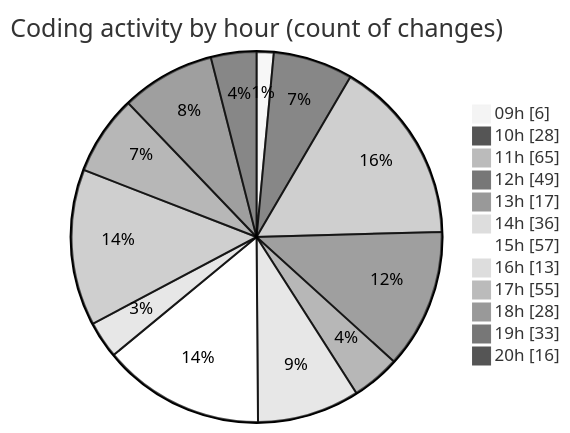
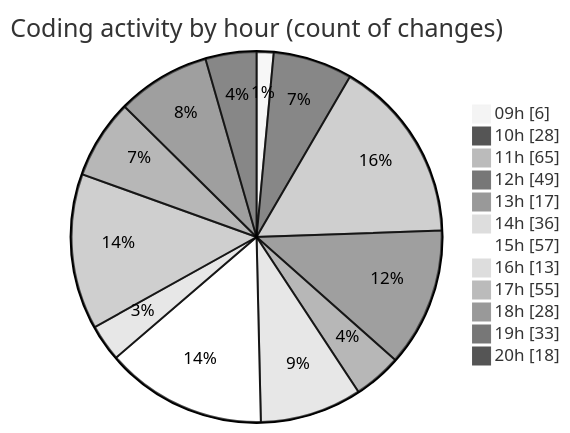
One commit to momahboobian/code-tracking changed the second of 2 diagrams in 2025-03-27/cda/README.md. Above: the diagram before and after it, drawn with Mermaid (neutral theme). The commit also changed other lines of this file and 1 other file, not shown here.

````diff
--- a/2025-03-27/cda/README.md
+++ b/2025-03-27/cda/README.md
@@ -52,16 +52,16 @@
 ```mermaid
 pie showData
 title Coding activity by hour (count of changes)
 "09h" : 6
 "10h" : 28
 "11h" : 65
 "12h" : 49
 "13h" : 17
 "14h" : 36
 "15h" : 57
 "16h" : 13
 "17h" : 55
 "18h" : 28
 "19h" : 33
-"20h" : 16
+"20h" : 18
 ```
````
